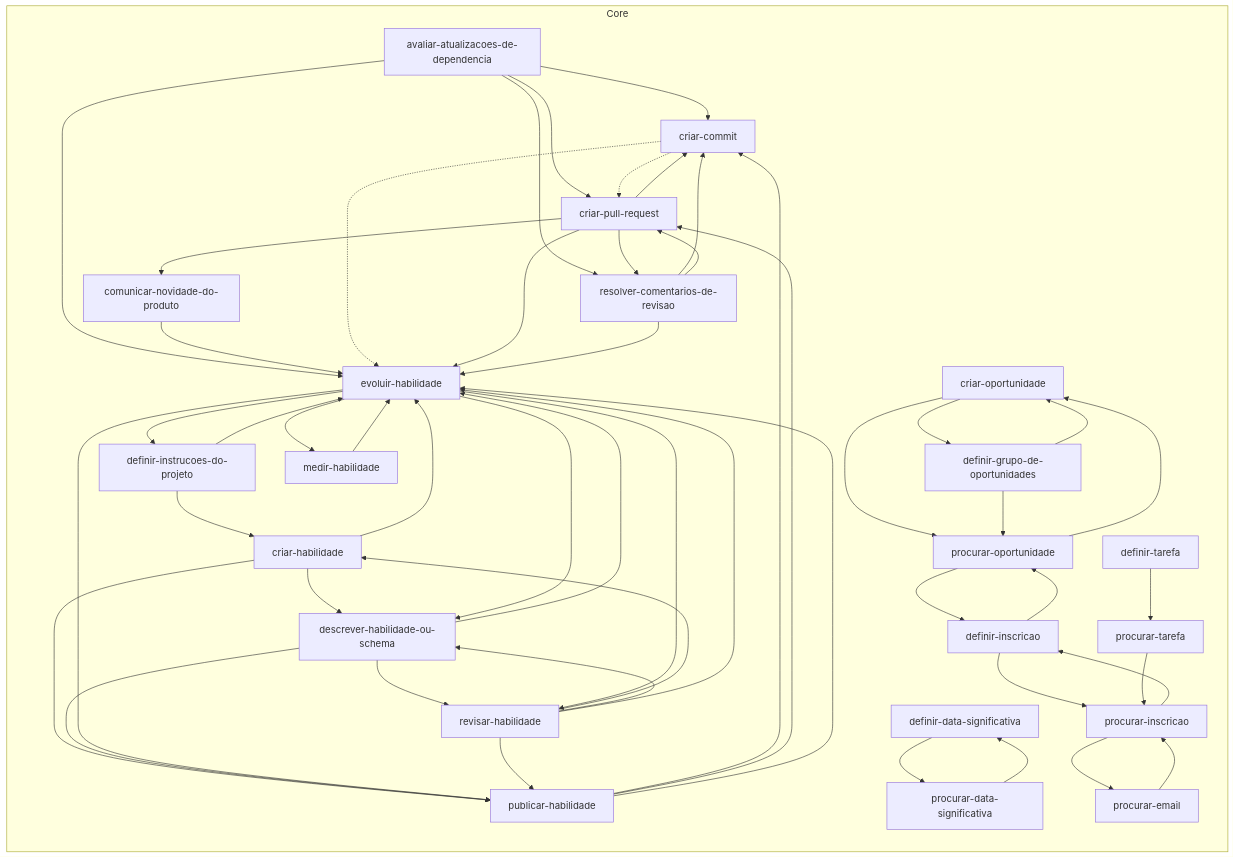
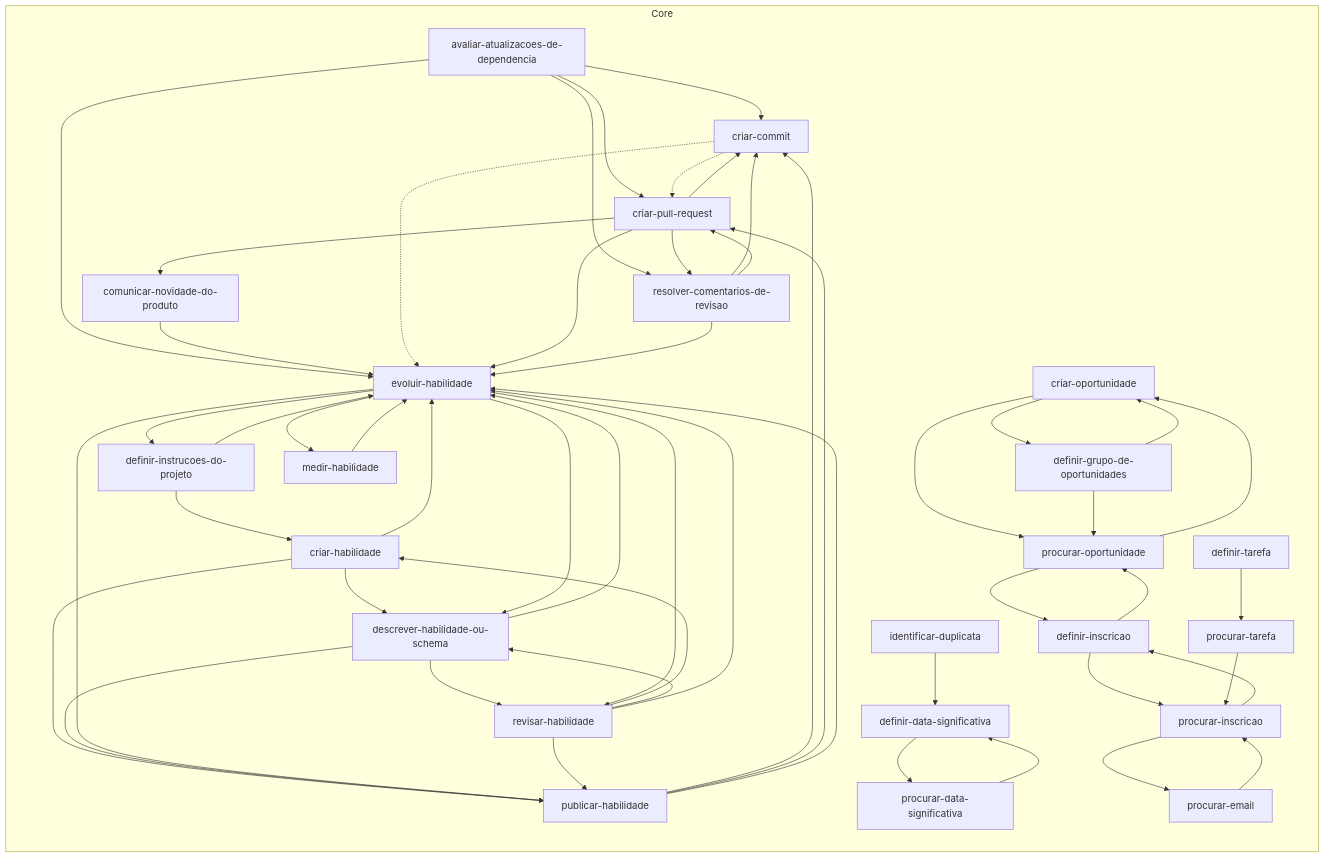
The diagram in .agents/skills/README.md (jimmyandrade/harness), drawn with Mermaid before and after one commit. The commit also changed 11 other files, not shown here.

First line of the commit message:
feat(identificar-duplicata): move the skill to the core

````diff
--- a/.agents/skills/README.md
+++ b/.agents/skills/README.md
@@ -11,77 +11,79 @@
 ```mermaid
 flowchart LR
   subgraph core["Core"]
     avaliar_atualizacoes_de_dependencia["avaliar-atualizacoes-de-dependencia"]
     comunicar_novidade_do_produto["comunicar-novidade-do-produto"]
     criar_commit["criar-commit"]
     criar_habilidade["criar-habilidade"]
     criar_oportunidade["criar-oportunidade"]
     criar_pull_request["criar-pull-request"]
     definir_data_significativa["definir-data-significativa"]
     definir_grupo_de_oportunidades["definir-grupo-de-oportunidades"]
     definir_inscricao["definir-inscricao"]
     definir_instrucoes_do_projeto["definir-instrucoes-do-projeto"]
     definir_tarefa["definir-tarefa"]
     descrever_habilidade_ou_schema["descrever-habilidade-ou-schema"]
     evoluir_habilidade["evoluir-habilidade"]
+    identificar_duplicata["identificar-duplicata"]
     medir_habilidade["medir-habilidade"]
     procurar_data_significativa["procurar-data-significativa"]
     procurar_email["procurar-email"]
     procurar_inscricao["procurar-inscricao"]
     procurar_oportunidade["procurar-oportunidade"]
     procurar_tarefa["procurar-tarefa"]
     publicar_habilidade["publicar-habilidade"]
     resolver_comentarios_de_revisao["resolver-comentarios-de-revisao"]
     revisar_habilidade["revisar-habilidade"]
   end
   avaliar_atualizacoes_de_dependencia --> criar_commit
   avaliar_atualizacoes_de_dependencia --> criar_pull_request
   avaliar_atualizacoes_de_dependencia --> evoluir_habilidade
   avaliar_atualizacoes_de_dependencia --> resolver_comentarios_de_revisao
   comunicar_novidade_do_produto --> evoluir_habilidade
   criar_commit -.-> criar_pull_request
   criar_commit -.-> evoluir_habilidade
   criar_habilidade --> descrever_habilidade_ou_schema
   criar_habilidade --> evoluir_habilidade
   criar_habilidade --> publicar_habilidade
   criar_oportunidade --> definir_grupo_de_oportunidades
   criar_oportunidade --> procurar_oportunidade
   criar_pull_request --> comunicar_novidade_do_produto
   criar_pull_request --> criar_commit
   criar_pull_request --> evoluir_habilidade
   criar_pull_request --> resolver_comentarios_de_revisao
   definir_data_significativa --> procurar_data_significativa
   definir_grupo_de_oportunidades --> criar_oportunidade
   definir_grupo_de_oportunidades --> procurar_oportunidade
   definir_inscricao --> procurar_inscricao
   definir_inscricao --> procurar_oportunidade
   definir_instrucoes_do_projeto --> criar_habilidade
   definir_instrucoes_do_projeto --> evoluir_habilidade
   definir_tarefa --> procurar_tarefa
   descrever_habilidade_ou_schema --> evoluir_habilidade
   descrever_habilidade_ou_schema --> publicar_habilidade
   descrever_habilidade_ou_schema --> revisar_habilidade
   evoluir_habilidade --> definir_instrucoes_do_projeto
   evoluir_habilidade --> descrever_habilidade_ou_schema
   evoluir_habilidade --> medir_habilidade
   evoluir_habilidade --> publicar_habilidade
   evoluir_habilidade --> revisar_habilidade
+  identificar_duplicata --> definir_data_significativa
   medir_habilidade --> evoluir_habilidade
   procurar_data_significativa --> definir_data_significativa
   procurar_email --> procurar_inscricao
   procurar_inscricao --> definir_inscricao
   procurar_inscricao --> procurar_email
   procurar_oportunidade --> criar_oportunidade
   procurar_oportunidade --> definir_inscricao
   procurar_tarefa --> procurar_inscricao
   publicar_habilidade --> criar_commit
   publicar_habilidade --> criar_pull_request
   publicar_habilidade --> evoluir_habilidade
   resolver_comentarios_de_revisao --> criar_commit
   resolver_comentarios_de_revisao --> criar_pull_request
   resolver_comentarios_de_revisao --> evoluir_habilidade
   revisar_habilidade --> criar_habilidade
   revisar_habilidade --> descrever_habilidade_ou_schema
   revisar_habilidade --> evoluir_habilidade
   revisar_habilidade --> publicar_habilidade
 ```
````
